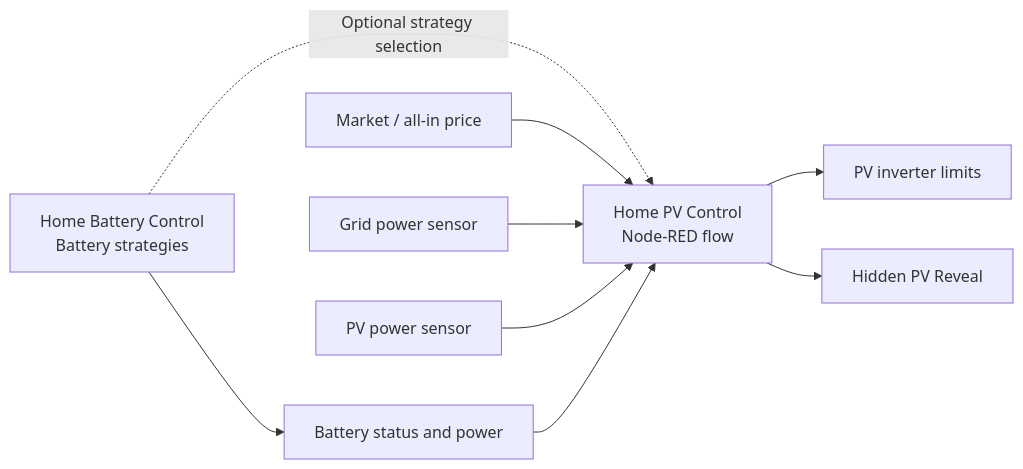
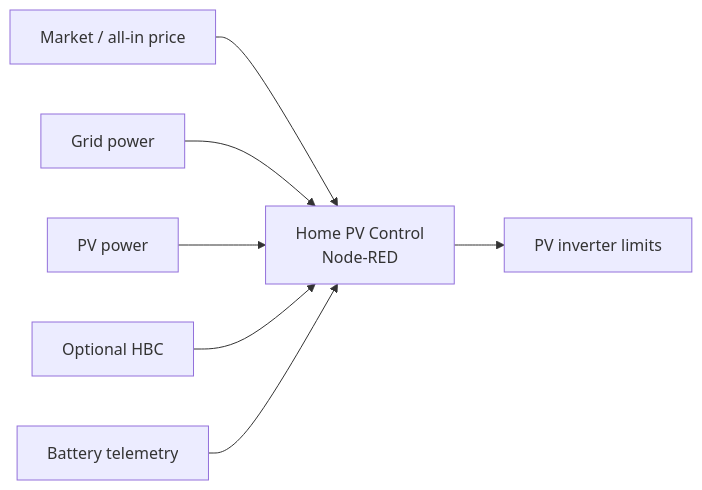
The diagram in README.md (BioPC/home-pv-control), drawn with Mermaid before and after one commit. The commit also changed other lines of this file and 15 other files, not shown here.

````diff
--- a/README.md
+++ b/README.md
@@ -111,22 +205,18 @@
 ```mermaid
 flowchart LR
-    HBC[Home Battery Control<br/>Battery strategies]
-    BAT[Battery status and power]
     PRICE[Market / all-in price]
-    GRID[Grid power sensor]
-    PV[PV power sensor]
-    HPVC[Home PV Control<br/>Node-RED flow]
+    GRID[Grid power]
+    PV[PV power]
+    HBC[Optional HBC]
+    BAT[Battery telemetry]
+    HPVC[Home PV Control
+Node-RED]
     LIMITS[PV inverter limits]
-    REVEAL[Hidden PV Reveal]
-
-    HBC --> BAT
-    HBC -. Optional strategy selection .-> HPVC
 
     PRICE --> HPVC
     GRID --> HPVC
     PV --> HPVC
+    HBC --> HPVC
     BAT --> HPVC
-
     HPVC --> LIMITS
-    HPVC --> REVEAL
 ```
````
